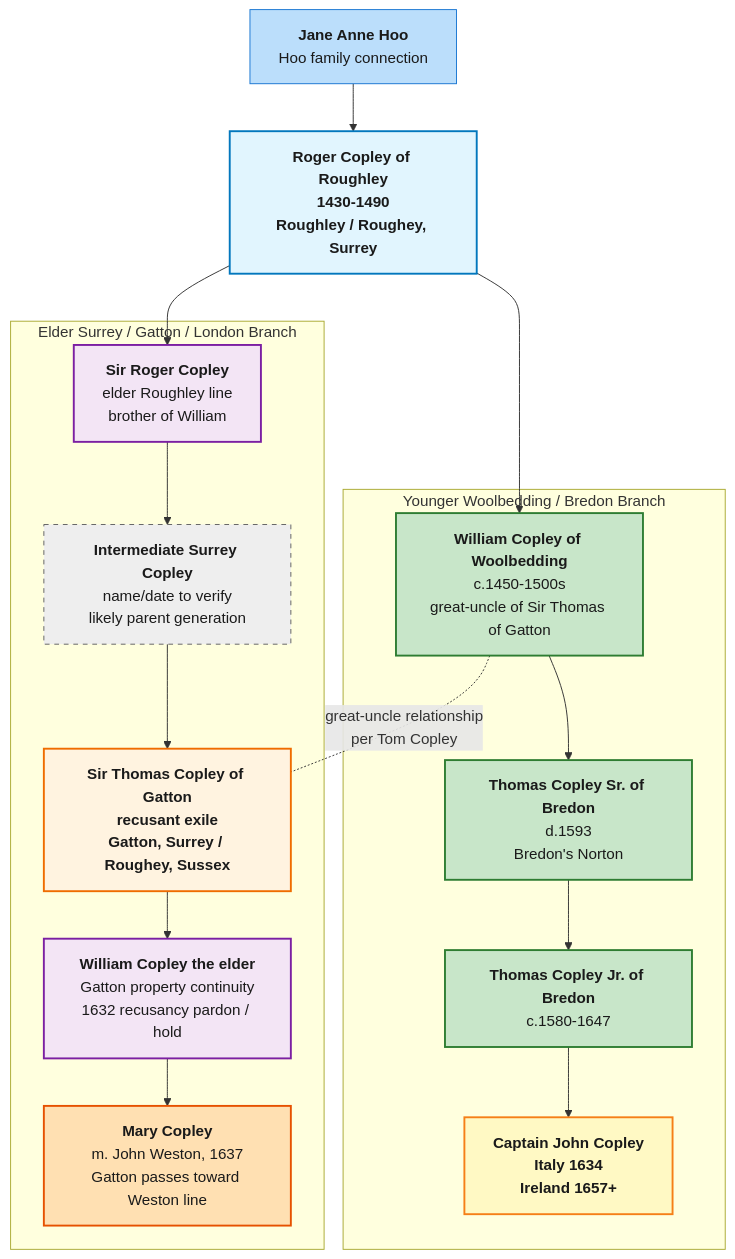
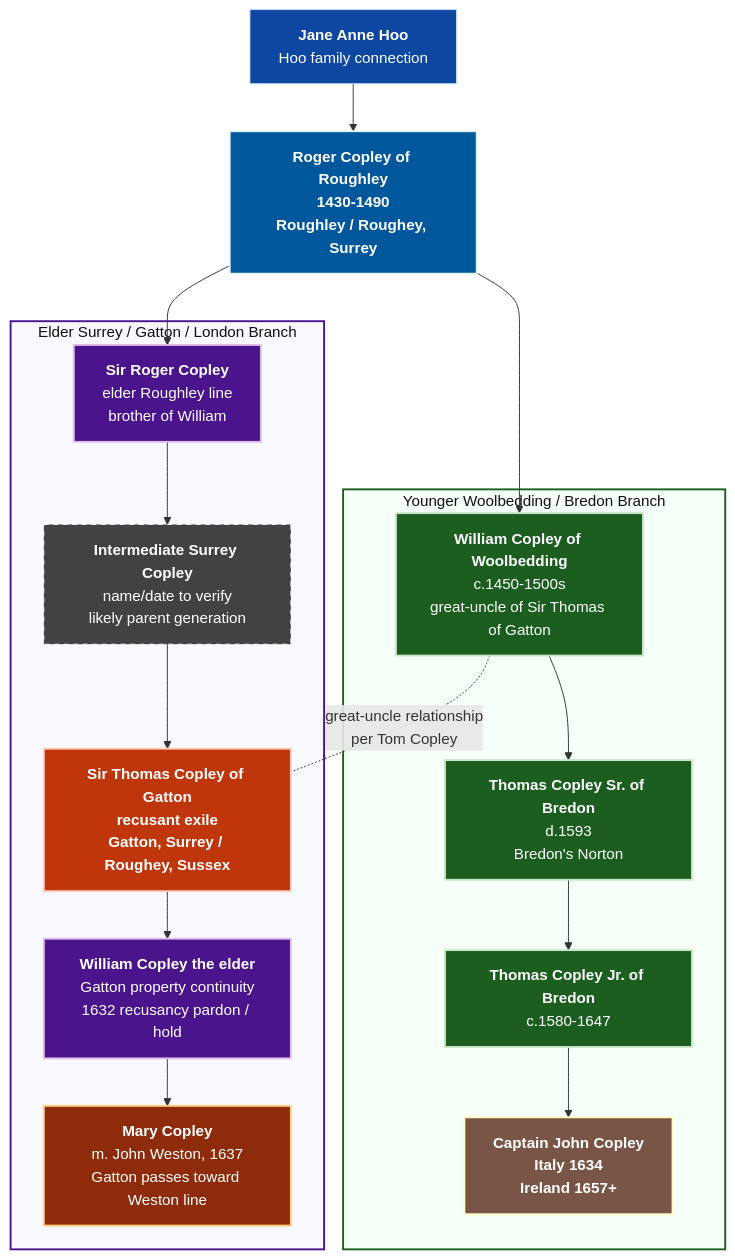
One commit to zcopley/copley-family-research changed the second of 2 diagrams in Topics/Bredon Descent.md. Above: the diagram before and after it, drawn with Mermaid. The commit also changed 3 other files, not shown here.

Commit message:
Improve Gatton Mermaid chart contrast

````diff
--- a/Topics/Bredon Descent.md
+++ b/Topics/Bredon Descent.md
@@ -87,45 +87,48 @@
 ```mermaid
 graph TD
     ROGER["<b>Roger Copley of Roughley</b><br/>1430-1490<br/>Roughley / Roughey, Surrey"]:::common
     JANE["<b>Jane Anne Hoo</b><br/>Hoo family connection"]:::spouse
     
     JANE --> ROGER
     
     subgraph SURREY["Elder Surrey / Gatton / London Branch"]
         SIR_ROGER["<b>Sir Roger Copley</b><br/>elder Roughley line<br/>brother of William"]:::surrey
         INTERMEDIATE["<b>Intermediate Surrey Copley</b><br/>name/date to verify<br/>likely parent generation"]:::gap
         SIR_THOMAS["<b>Sir Thomas Copley of Gatton</b><br/>recusant exile<br/>Gatton, Surrey / Roughey, Sussex"]:::recusant
         WILLIAM_GATTON["<b>William Copley the elder</b><br/>Gatton property continuity<br/>1632 recusancy pardon / hold"]:::surrey
         MARY_WESTON["<b>Mary Copley</b><br/>m. John Weston, 1637<br/>Gatton passes toward Weston line"]:::weston
     end
     
     subgraph BREDON["Younger Woolbedding / Bredon Branch"]
         WILLIAM_WOOL["<b>William Copley of Woolbedding</b><br/>c.1450-1500s<br/>great-uncle of Sir Thomas of Gatton"]:::bredon
         THOMAS_SR["<b>Thomas Copley Sr. of Bredon</b><br/>d.1593<br/>Bredon's Norton"]:::bredon
         THOMAS_JR["<b>Thomas Copley Jr. of Bredon</b><br/>c.1580-1647"]:::bredon
         CAPTAIN["<b>Captain John Copley</b><br/>Italy 1634<br/>Ireland 1657+"]:::verified
     end
     
     ROGER --> SIR_ROGER
     ROGER --> WILLIAM_WOOL
     
     SIR_ROGER --> INTERMEDIATE
     INTERMEDIATE --> SIR_THOMAS
     SIR_THOMAS --> WILLIAM_GATTON
     WILLIAM_GATTON --> MARY_WESTON
     
     WILLIAM_WOOL --> THOMAS_SR
     THOMAS_SR --> THOMAS_JR
     THOMAS_JR --> CAPTAIN
     
     WILLIAM_WOOL -. "great-uncle relationship<br/>per Tom Copley" .- SIR_THOMAS
     
-    classDef common fill:#e1f5fe,stroke:#0277bd,stroke-width:2px,color:#1a1a1a,font-weight:bold
-    classDef spouse fill:#bbdefb,stroke:#1976d2,stroke-width:1px,color:#1a1a1a
-    classDef surrey fill:#f3e5f5,stroke:#7b1fa2,stroke-width:2px,color:#1a1a1a
-    classDef bredon fill:#c8e6c9,stroke:#2e7d32,stroke-width:2px,color:#1a1a1a
-    classDef recusant fill:#fff3e0,stroke:#ef6c00,stroke-width:2px,color:#1a1a1a,font-weight:bold
-    classDef weston fill:#ffe0b2,stroke:#e65100,stroke-width:2px,color:#1a1a1a
-    classDef gap fill:#eeeeee,stroke:#616161,stroke-width:1px,stroke-dasharray: 5 5,color:#1a1a1a
-    classDef verified fill:#fff9c4,stroke:#f57f17,stroke-width:2px,color:#1a1a1a,font-weight:bold
+    style SURREY fill:#f8f8ff,stroke:#4a148c,stroke-width:2px,color:#111111
+    style BREDON fill:#f6fff7,stroke:#1b5e20,stroke-width:2px,color:#111111
+    
+    classDef common fill:#01579b,stroke:#e1f5fe,stroke-width:2px,color:#ffffff,font-weight:bold
+    classDef spouse fill:#0d47a1,stroke:#bbdefb,stroke-width:1px,color:#ffffff
+    classDef surrey fill:#4a148c,stroke:#e1bee7,stroke-width:2px,color:#ffffff
+    classDef bredon fill:#1b5e20,stroke:#c8e6c9,stroke-width:2px,color:#ffffff
+    classDef recusant fill:#bf360c,stroke:#ffccbc,stroke-width:2px,color:#ffffff,font-weight:bold
+    classDef weston fill:#8d2b0b,stroke:#ffcc80,stroke-width:2px,color:#ffffff
+    classDef gap fill:#424242,stroke:#f5f5f5,stroke-width:1px,stroke-dasharray: 5 5,color:#ffffff
+    classDef verified fill:#795548,stroke:#fff9c4,stroke-width:2px,color:#ffffff,font-weight:bold
 ```
````
